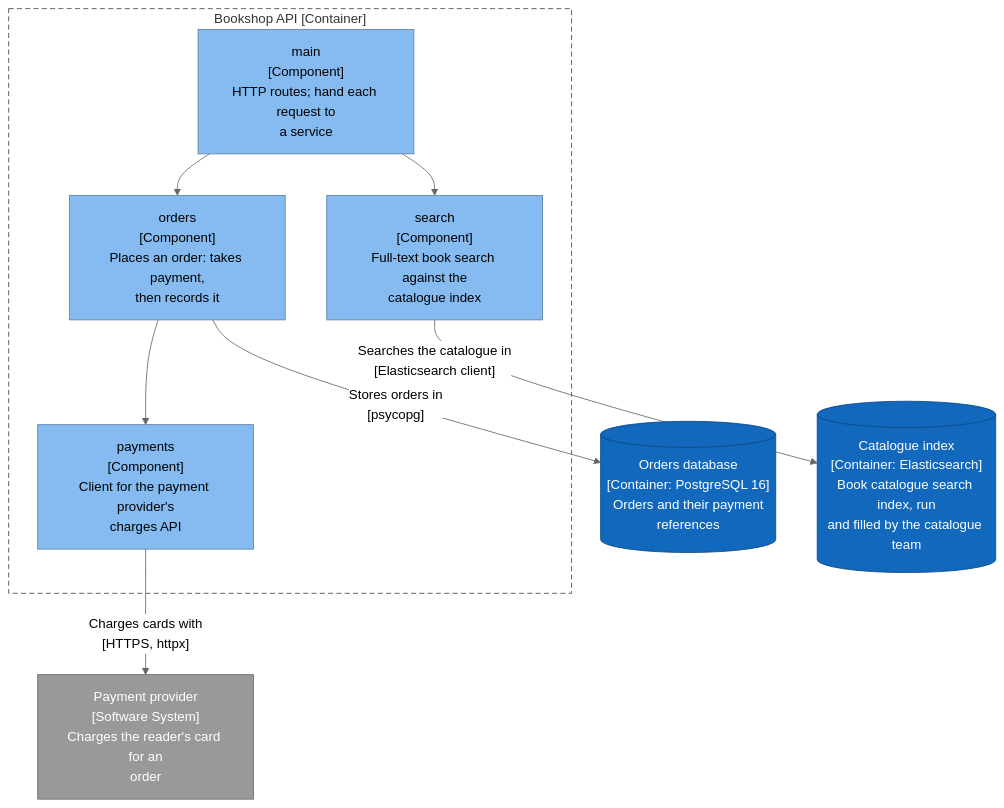
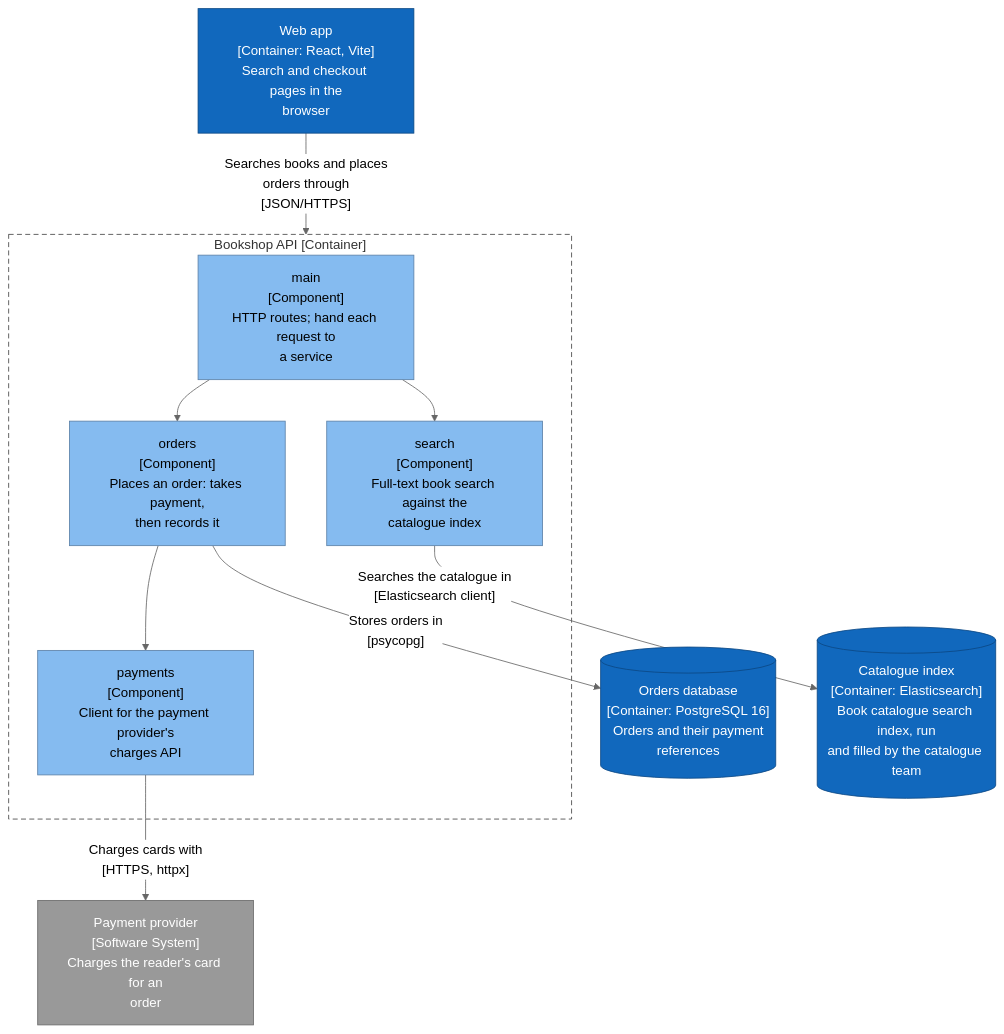
One commit to ythalorossy/architecture-skills changed the third of 8 diagrams in examples/bookshop/ArchitectureReport.md. Above: the diagram before and after it, drawn with Mermaid (neutral theme). The commit also changed other lines of this file and 16 other files, not shown here.

````diff
--- a/examples/bookshop/ArchitectureReport.md
+++ b/examples/bookshop/ArchitectureReport.md
@@ -125,28 +125,30 @@
 ```mermaid
 flowchart TB
     subgraph boundary["Bookshop API [Container]"]
         bookshop_main["main<br/>[Component]<br/>HTTP routes; hand each request to<br/>a service"]
         bookshop_orders["orders<br/>[Component]<br/>Places an order: takes payment,<br/>then records it"]
         bookshop_payments["payments<br/>[Component]<br/>Client for the payment provider's<br/>charges API"]
         bookshop_search["search<br/>[Component]<br/>Full-text book search against the<br/>catalogue index"]
     end
     bookshop_main --> bookshop_orders
     bookshop_main --> bookshop_search
     bookshop_orders --> bookshop_payments
     db_elasticsearch[("Catalogue index<br/>[Container: Elasticsearch]<br/>Book catalogue search index, run<br/>and filled by the catalogue team")]
     bookshop_search -->|"Searches the catalogue in<br/>[Elasticsearch client]"| db_elasticsearch
     db_postgresql[("Orders database<br/>[Container: PostgreSQL 16]<br/>Orders and their payment<br/>references")]
     bookshop_orders -->|"Stores orders in<br/>[psycopg]"| db_postgresql
     ext_payments_example["Payment provider<br/>[Software System]<br/>Charges the reader's card for an<br/>order"]
     bookshop_payments -->|"Charges cards with<br/>[HTTPS, httpx]"| ext_payments_example
+    bookshop_web["Web app<br/>[Container: React, Vite]<br/>Search and checkout pages in the<br/>browser"]
+    bookshop_web -->|"Searches books and places<br/>orders through<br/>[JSON/HTTPS]"| boundary
     classDef person fill:#08427b,stroke:#052e56,color:#ffffff
     classDef container fill:#1168bd,stroke:#0b4884,color:#ffffff
     classDef system fill:#1168bd,stroke:#0b4884,color:#ffffff
     classDef component fill:#85bbf0,stroke:#5d82a8,color:#000000
     classDef external fill:#999999,stroke:#6b6b6b,color:#ffffff
     classDef shared fill:#dbe9f6,stroke:#5d82a8,color:#000000,stroke-dasharray:4 3
     class bookshop_main,bookshop_orders,bookshop_payments,bookshop_search component
-    class db_elasticsearch,db_postgresql container
+    class db_elasticsearch,db_postgresql,bookshop_web container
     class ext_payments_example external
     style boundary fill:none,stroke:#444444,stroke-dasharray:6 4
 ```
````
